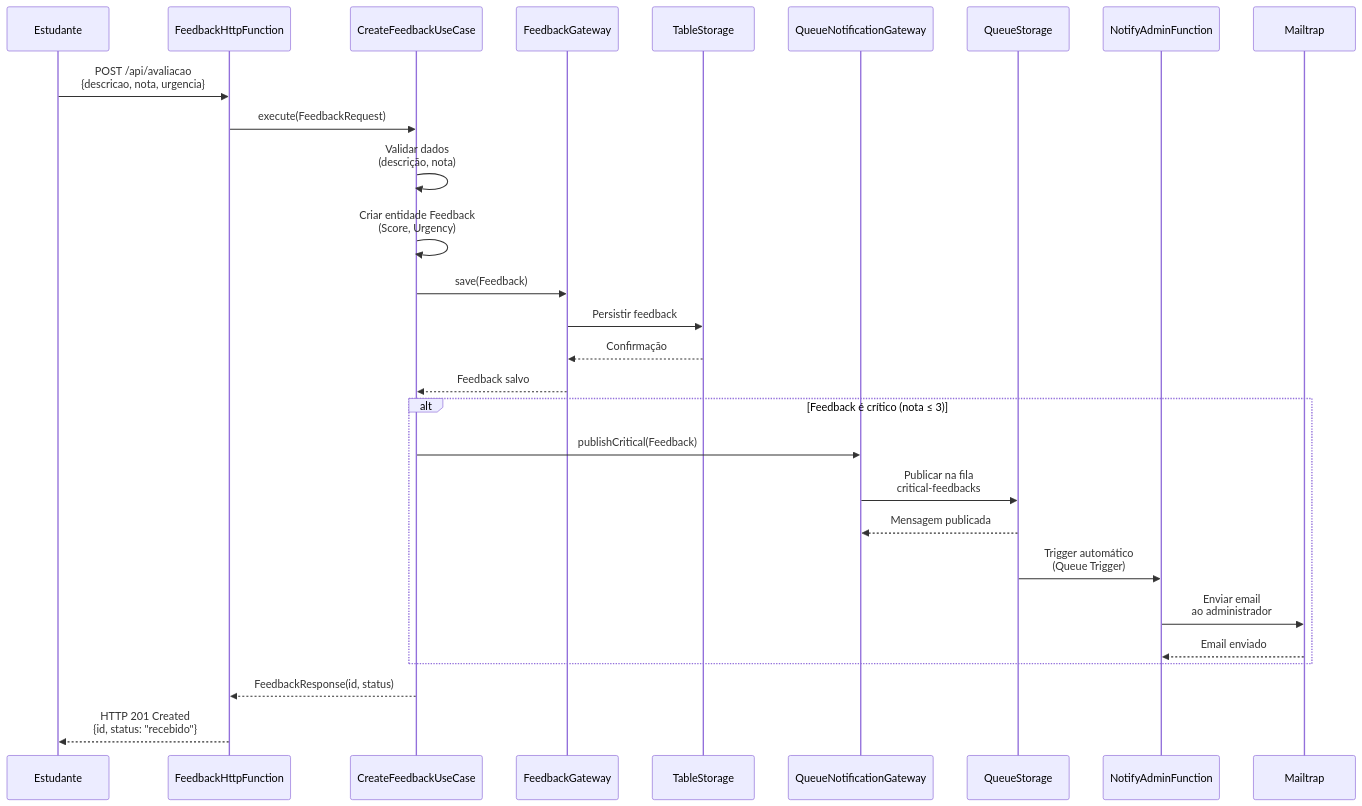
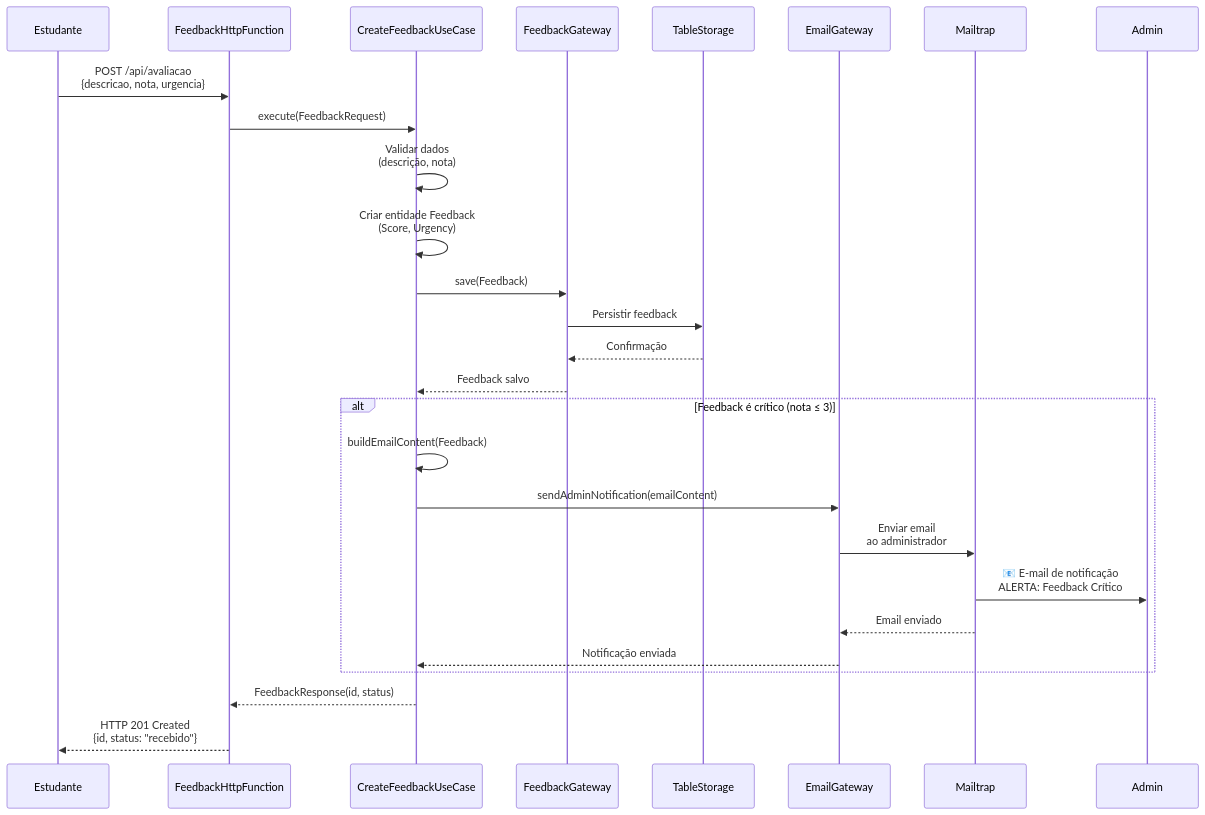
The second of 8 diagrams in README.md (luizffdemoraes/feedback-sync), drawn with Mermaid before and after one commit. The commit also changed other lines of this file and 32 other files, not shown here.

````diff
--- a/README.md
+++ b/README.md
@@ -336,36 +339,35 @@
 ```mermaid
 sequenceDiagram
     participant Estudante
     participant FeedbackHttpFunction
     participant CreateFeedbackUseCase
     participant FeedbackGateway
     participant TableStorage
-    participant QueueNotificationGateway
-    participant QueueStorage
-    participant NotifyAdminFunction
+    participant EmailGateway
     participant Mailtrap
+    participant Admin
 
     Estudante->>FeedbackHttpFunction: POST /api/avaliacao<br/>{descricao, nota, urgencia}
     
     FeedbackHttpFunction->>CreateFeedbackUseCase: execute(FeedbackRequest)
     
     CreateFeedbackUseCase->>CreateFeedbackUseCase: Validar dados<br/>(descrição, nota)
     CreateFeedbackUseCase->>CreateFeedbackUseCase: Criar entidade Feedback<br/>(Score, Urgency)
     
     CreateFeedbackUseCase->>FeedbackGateway: save(Feedback)
     FeedbackGateway->>TableStorage: Persistir feedback
     TableStorage-->>FeedbackGateway: Confirmação
     FeedbackGateway-->>CreateFeedbackUseCase: Feedback salvo
     
     alt Feedback é crítico (nota ≤ 3)
-        CreateFeedbackUseCase->>QueueNotificationGateway: publishCritical(Feedback)
-        QueueNotificationGateway->>QueueStorage: Publicar na fila<br/>critical-feedbacks
-        QueueStorage-->>QueueNotificationGateway: Mensagem publicada
-        QueueStorage->>NotifyAdminFunction: Trigger automático<br/>(Queue Trigger)
-        NotifyAdminFunction->>Mailtrap: Enviar email<br/>ao administrador
-        Mailtrap-->>NotifyAdminFunction: Email enviado
+        CreateFeedbackUseCase->>CreateFeedbackUseCase: buildEmailContent(Feedback)
+        CreateFeedbackUseCase->>EmailGateway: sendAdminNotification(emailContent)
+        EmailGateway->>Mailtrap: Enviar email<br/>ao administrador
+        Mailtrap->>Admin: 📧 E-mail de notificação<br/>ALERTA: Feedback Crítico
+        Mailtrap-->>EmailGateway: Email enviado
+        EmailGateway-->>CreateFeedbackUseCase: Notificação enviada
     end
     
     CreateFeedbackUseCase-->>FeedbackHttpFunction: FeedbackResponse(id, status)
     FeedbackHttpFunction-->>Estudante: HTTP 201 Created<br/>{id, status: "recebido"}
 ```
````
